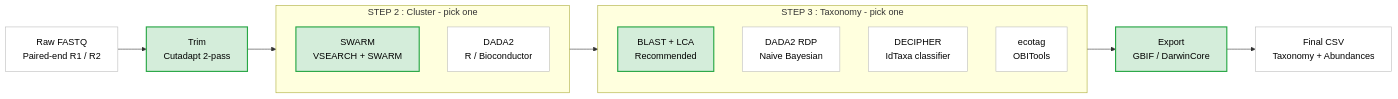
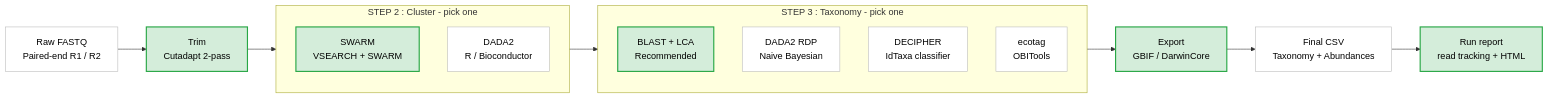
The diagram in README.md (WildinSync/wis_seednap), drawn with Mermaid before and after one commit. The commit also changed other lines of this file and 10 other files, not shown here.

````diff
--- a/README.md
+++ b/README.md
@@ -16,29 +16,31 @@
 ```mermaid
 flowchart LR
     raw[Raw FASTQ<br/>Paired-end R1 / R2]:::io
     trim[Trim<br/>Cutadapt 2-pass]:::pass
 
     subgraph s2 [STEP 2 : Cluster - pick one]
         direction TB
         swarm[SWARM<br/>VSEARCH + SWARM]:::recommended
         dada2[DADA2<br/>R / Bioconductor]:::alt
     end
 
     subgraph s3 [STEP 3 : Taxonomy - pick one]
         direction TB
         blast[BLAST + LCA<br/>Recommended]:::recommended
         rdp[DADA2 RDP<br/>Naive Bayesian]:::alt
         decipher[DECIPHER<br/>IdTaxa classifier]:::alt
         ecotag[ecotag<br/>OBITools]:::alt
     end
 
     export[Export<br/>GBIF / DarwinCore]:::pass
     final[Final CSV<br/>Taxonomy + Abundances]:::io
+    report[Run report<br/>read tracking + HTML]:::pass
 
     raw --> trim --> s2 --> s3 --> export --> final
+    final --> report
 
     classDef io fill:#ffffff,stroke:#bbbbbb,stroke-width:1px,color:#000
     classDef pass fill:#d4edda,stroke:#28a745,stroke-width:2px,color:#000
     classDef recommended fill:#d4edda,stroke:#28a745,stroke-width:2px,color:#000
     classDef alt fill:#ffffff,stroke:#bbbbbb,stroke-width:1px,color:#000
 ```
````
